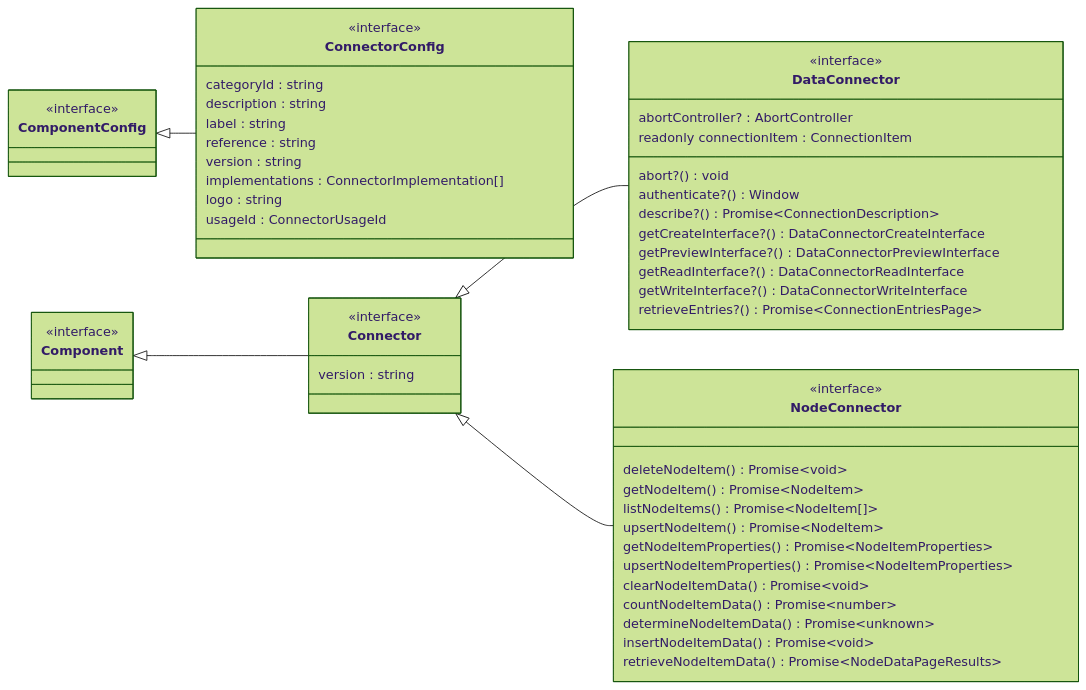
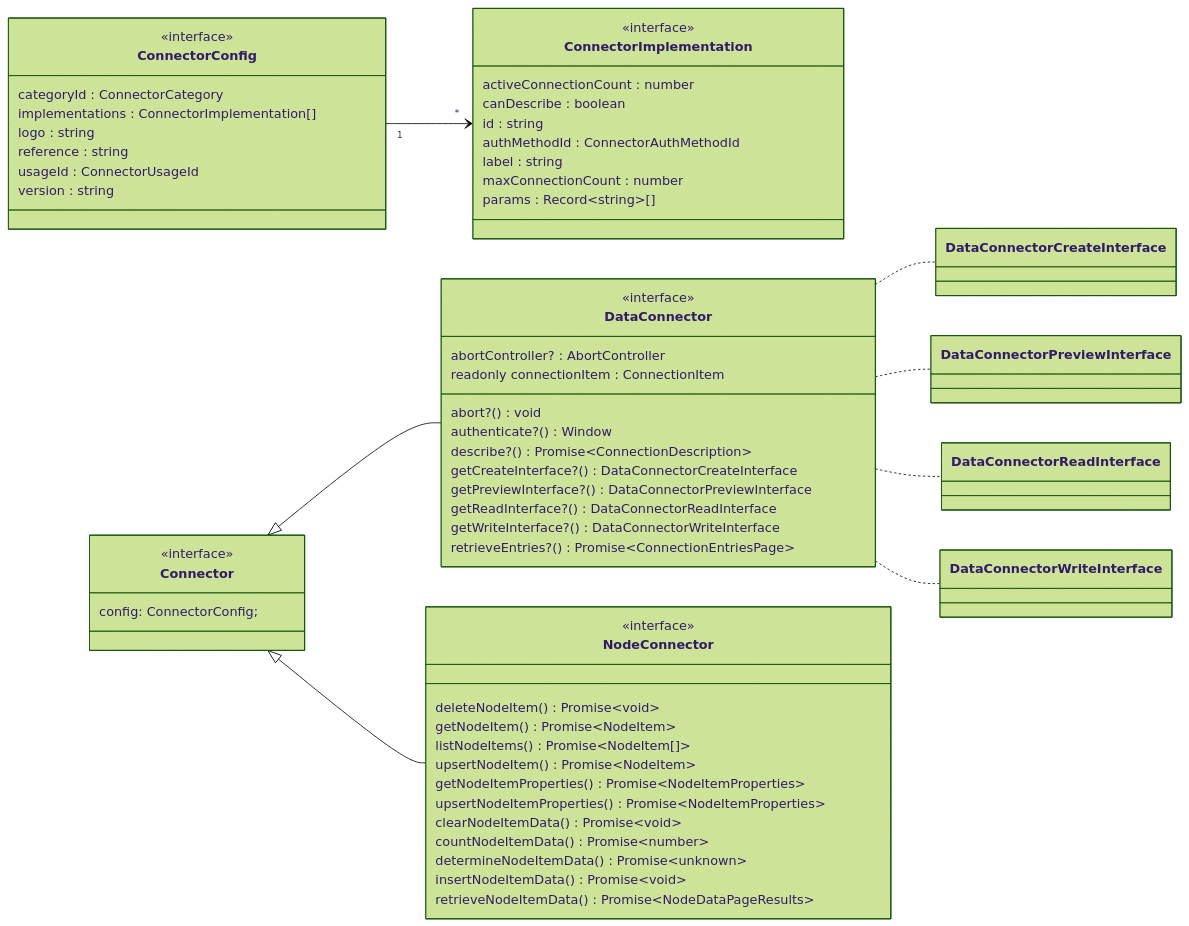
The fourth of 11 diagrams in README.md (data-positioning/datapos-shared), drawn with Mermaid (forest theme) before and after one commit. The commit also changed other lines of this file and 6 other files, not shown here.

````diff
--- a/README.md
+++ b/README.md
@@ -119,63 +104,71 @@
 ```mermaid
 classDiagram
     direction LR
 
-    class ComponentConfig {
-        <<interface>>
-    }
 
     class ConnectorConfig {
         <<interface>>
-        categoryId : string
-        description : string
-        label : string
-        reference : string
-        version : string
+        categoryId : ConnectorCategory
         implementations : ConnectorImplementation[]
         logo : string
+        reference : string
         usageId : ConnectorUsageId
-    }
-
-    class Component {
-        <<interface>>
+        version : string
     }
 
     class Connector {
         <<interface>>
-        version : string
+        config: ConnectorConfig;
+    }
+
+    class ConnectorImplementation {
+        <<interface>>
+
+        activeConnectionCount : number
+        canDescribe : boolean
+        id : string
+        authMethodId : ConnectorAuthMethodId
+        label : string
+        maxConnectionCount : number
+        params : Record~string~[]
     }
 
     class DataConnector {
         <<interface>>
         abortController? :  AbortController
         readonly connectionItem :  ConnectionItem
         abort?() void
         authenticate?() Window
         describe?() Promise~ConnectionDescription~
         getCreateInterface?() DataConnectorCreateInterface
         getPreviewInterface?() DataConnectorPreviewInterface
         getReadInterface?() DataConnectorReadInterface
         getWriteInterface?() DataConnectorWriteInterface
         retrieveEntries?() Promise~ConnectionEntriesPage~
     }
 
     class NodeConnector {
         <<interface>>
         deleteNodeItem() Promise~void~
         getNodeItem() Promise~NodeItem~
         listNodeItems() Promise~NodeItem[]~
         upsertNodeItem() Promise~NodeItem~
         getNodeItemProperties() Promise~NodeItemProperties~
         upsertNodeItemProperties() Promise~NodeItemProperties~
         clearNodeItemData() Promise~void~
         countNodeItemData() Promise~number~
         determineNodeItemData() Promise~unknown~
         insertNodeItemData() Promise~void~
         retrieveNodeItemData() Promise~NodeDataPageResults~
     }
 
-    ComponentConfig <|-- ConnectorConfig
-    Component <|-- Connector
+    %%ComponentConfig <|-- ConnectorConfig
+    ConnectorConfig "1" --> "*" ConnectorImplementation
+    %%Component <|-- Connector
     Connector <|-- DataConnector
+    DataConnector .. DataConnectorCreateInterface
+    DataConnector .. DataConnectorPreviewInterface
+    DataConnector .. DataConnectorReadInterface
+    DataConnector .. DataConnectorWriteInterface
     Connector <|-- NodeConnector
 ```
````
